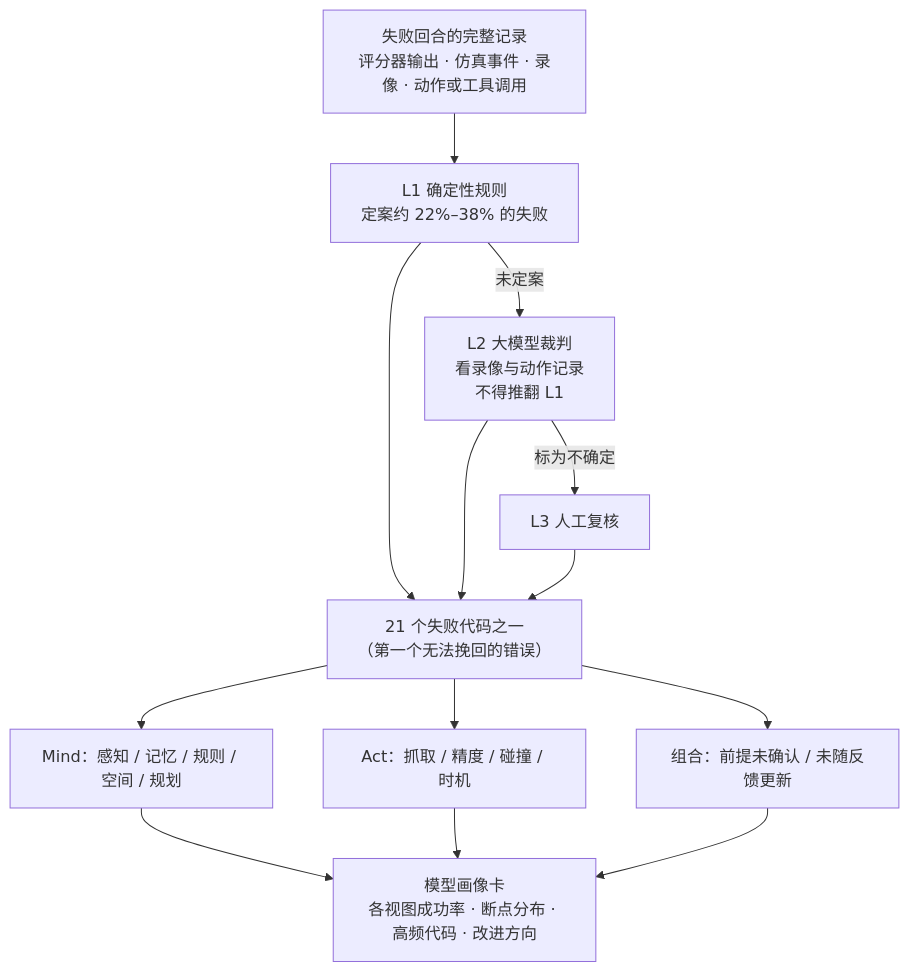
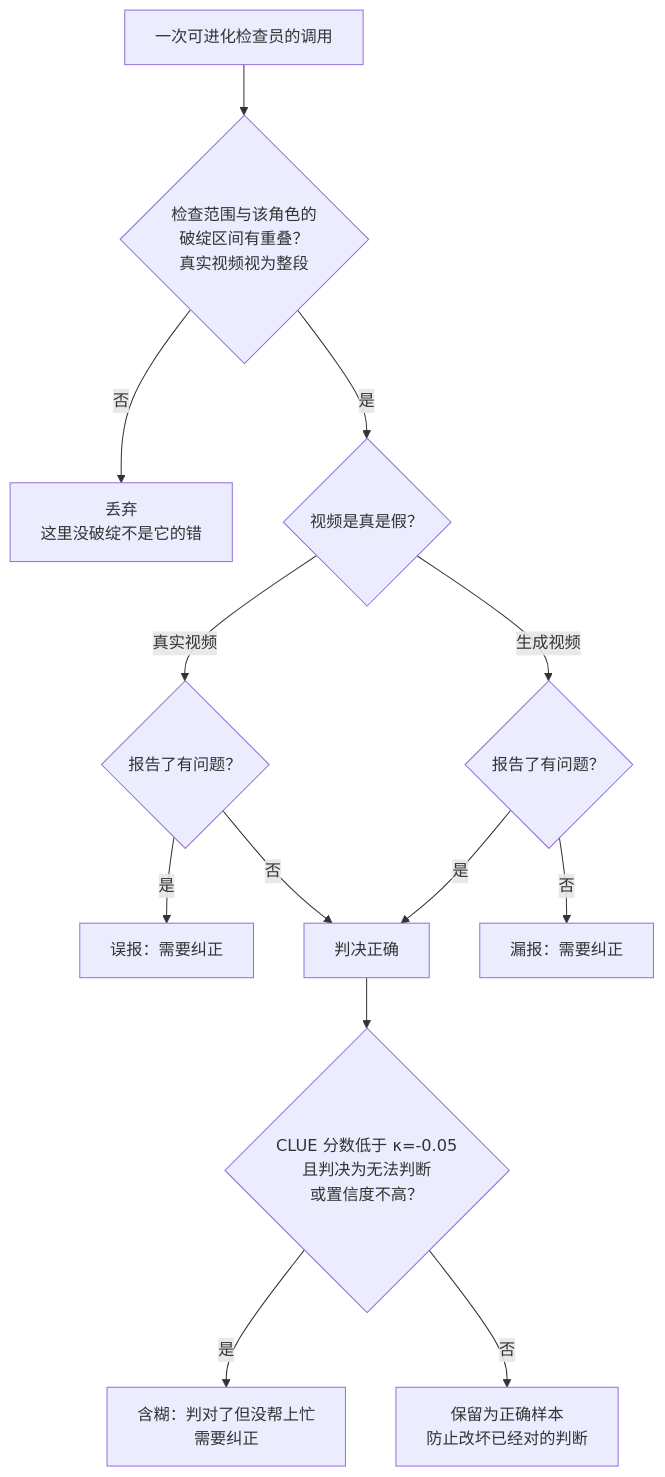
One commit to yingwang/paper-reads changed the sixth of 7 diagrams in docs/index.md. Above: the diagram before and after it, drawn with Mermaid. The commit also changed other lines of this file and 2 other files, not shown here.

````diff
--- a/docs/index.md
+++ b/docs/index.md
@@ -151,15 +311,15 @@
 ```mermaid
 flowchart TB
-    F["失败回合的完整记录<br/>评分器输出 · 仿真事件 · 录像 · 动作或工具调用"] --> L1["L1 确定性规则<br/>定案约 22%–38% 的失败"]
-    L1 -->|"未定案"| L2["L2 大模型裁判<br/>看录像与动作记录<br/>不得推翻 L1"]
-    L2 -->|"标为不确定"| L3["L3 人工复核"]
-    L1 --> K["21 个失败代码之一<br/>（第一个无法挽回的错误）"]
-    L2 --> K
-    L3 --> K
-    K --> G1["Mind：感知 / 记忆 / 规则 / 空间 / 规划"]
-    K --> G2["Act：抓取 / 精度 / 碰撞 / 时机"]
-    K --> G3["组合：前提未确认 / 未随反馈更新"]
-    G1 --> CARD["模型画像卡<br/>各视图成功率 · 断点分布 · 高频代码 · 改进方向"]
-    G2 --> CARD
-    G3 --> CARD
+    C0["一次可进化检查员的调用"] --> C1{"检查范围与该角色的<br/>破绽区间有重叠？<br/>真实视频视为整段"}
+    C1 -- "否" --> X["丢弃<br/>这里没破绽不是它的错"]
+    C1 -- "是" --> C2{"视频是真是假？"}
+    C2 -- "真实视频" --> C3{"报告了有问题？"}
+    C3 -- "是" --> E1["误报：需要纠正"]
+    C3 -- "否" --> OK["判决正确"]
+    C2 -- "生成视频" --> C4{"报告了有问题？"}
+    C4 -- "否" --> E2["漏报：需要纠正"]
+    C4 -- "是" --> OK
+    OK --> C5{"CLUE 分数低于 κ=-0.05<br/>且判决为无法判断<br/>或置信度不高？"}
+    C5 -- "是" --> E3["含糊：判对了但没帮上忙<br/>需要纠正"]
+    C5 -- "否" --> E4["保留为正确样本<br/>防止改坏已经对的判断"]
 ```
````
